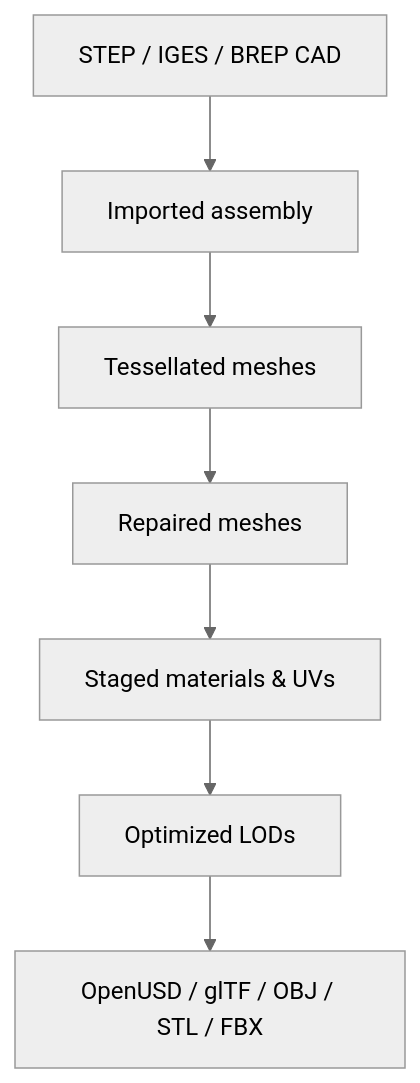
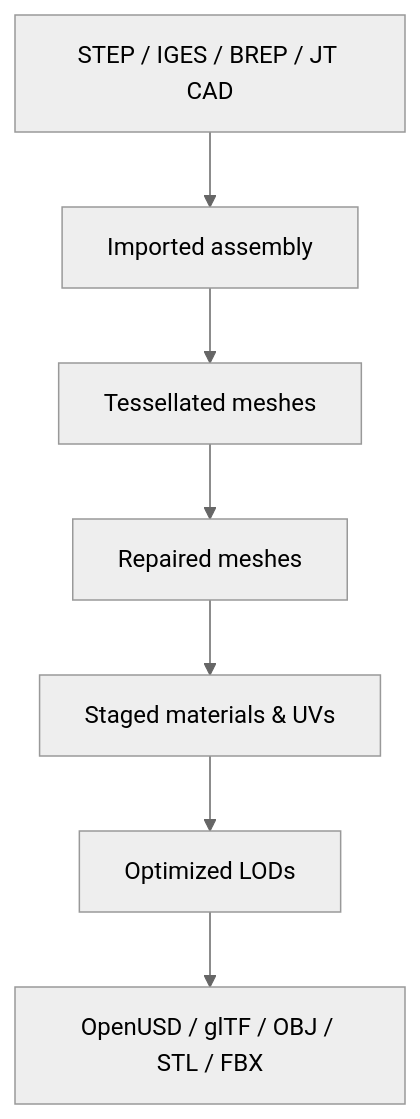
The diagram in README.md (pavelsimo/fascat), drawn with Mermaid (neutral theme) before and after one commit. The commit also changed other lines of this file and 28 other files, not shown here.

````diff
--- a/README.md
+++ b/README.md
@@ -15,9 +15,9 @@
 ```mermaid
 flowchart TD
-    A["STEP / IGES / BREP CAD"] --> B["Imported assembly"]
+    A["STEP / IGES / BREP / JT CAD"] --> B["Imported assembly"]
     B --> C["Tessellated meshes"]
     C --> D["Repaired meshes"]
     D --> E["Staged materials & UVs"]
     E --> F["Optimized LODs"]
     F --> G["OpenUSD / glTF / OBJ / STL / FBX"]
 ```
````
